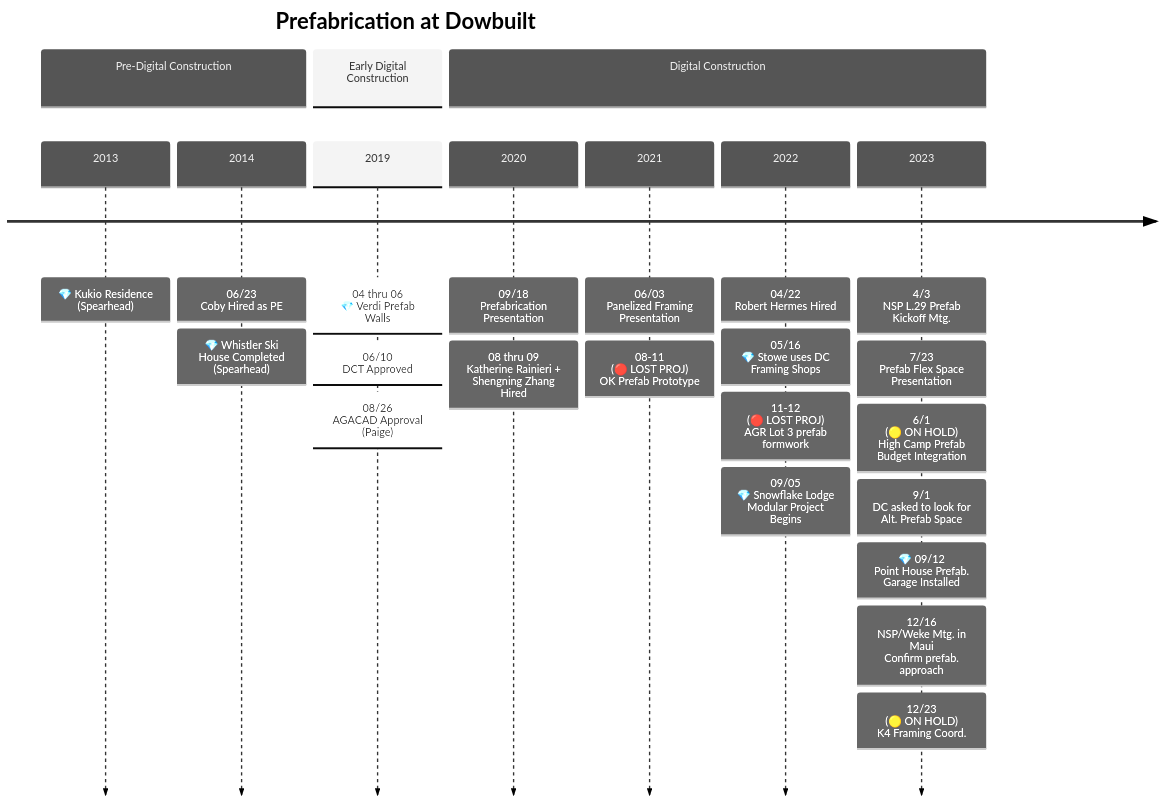
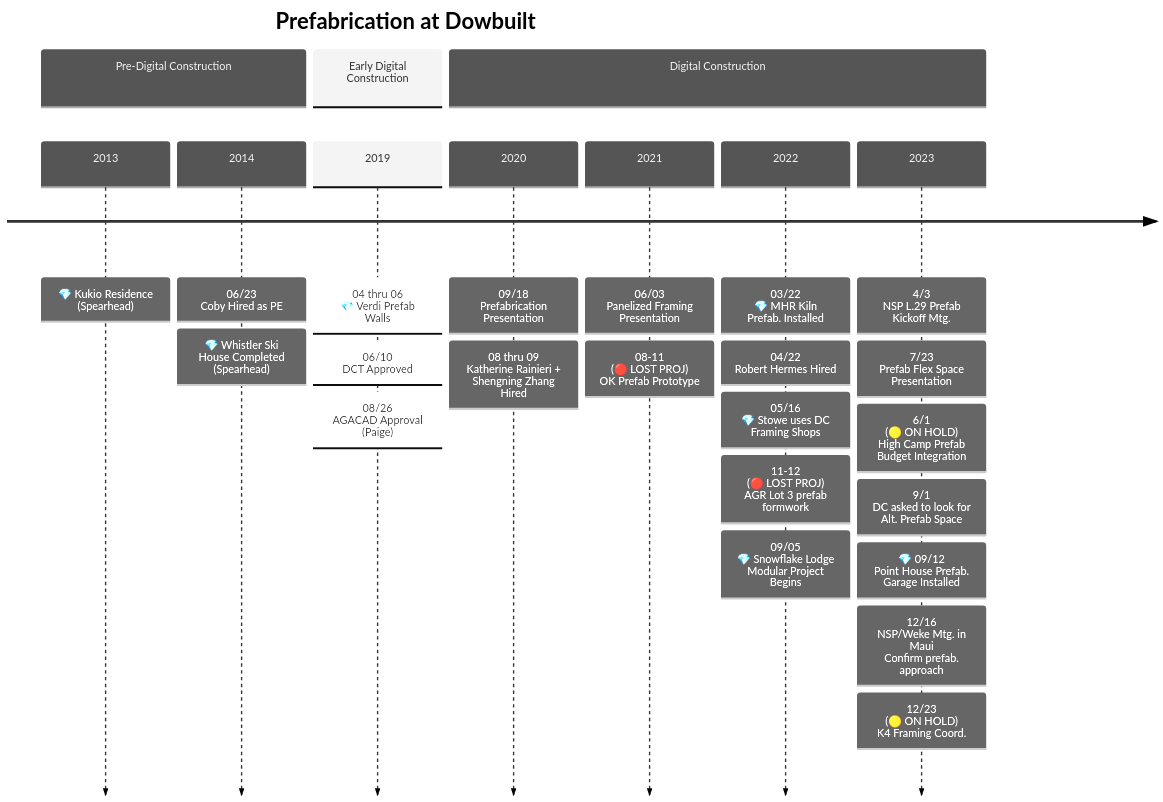
One commit to cobyiv/notes changed the diagram in Prefab_at_Dowbuilt.md. Above: the diagram before and after it, drawn with Mermaid. The commit also changed other lines of this file, not shown here.

````diff
--- a/Prefab_at_Dowbuilt.md
+++ b/Prefab_at_Dowbuilt.md
@@ -16,15 +16,15 @@
 ```mermaid
     %%{init: { 'logLevel': 'debug', 'theme': 'neutral', "graph": {"htmlLabels": true}} }%%
     timeline
         title Prefabrication at Dowbuilt
         section Pre-Digital Construction
           2013 : 💎 Kukio Residence (Spearhead)
           2014 : 06/23 <br> Coby Hired as PE : 💎 Whistler Ski House Completed (Spearhead)
         section Early Digital Construction
           2019 : 04 thru 06 <br> 💎 Verdi Prefab Walls : 06/10 <br> DCT Approved : 08/26 <br> AGACAD Approval (Paige)
         section Digital Construction
           2020 : 09/18 <br> Prefabrication Presentation : 08 thru 09 <br> Katherine Rainieri + Shengning Zhang Hired
           2021 : 06/03 <br> Panelized Framing Presentation : 08-11 <br> (🔴 LOST PROJ) <br> OK Prefab Prototype
-          2022 : 04/22 <br> Robert Hermes Hired : 05/16 <br> 💎 Stowe uses DC Framing Shops : 11-12 <br> (🔴 LOST PROJ) <br> AGR Lot 3 prefab formwork : 09/05 <br> 💎 Snowflake Lodge <br> Modular Project Begins
+          2022 : 03/22 <br> 💎 MHR Kiln <br> Prefab. Installed : 04/22 <br> Robert Hermes Hired : 05/16 <br> 💎 Stowe uses DC Framing Shops : 11-12 <br> (🔴 LOST PROJ) <br> AGR Lot 3 prefab formwork : 09/05 <br> 💎 Snowflake Lodge <br> Modular Project Begins
           2023 : 4/3 <br> NSP L.29 Prefab Kickoff Mtg. : 7/23 <br> Prefab Flex Space Presentation : 6/1 <br> (🟡 ON HOLD)<br> High Camp Prefab Budget Integration : 9/1 <br> DC asked to look for Alt. Prefab Space : 💎 09/12 <br> Point House Prefab. Garage Installed : 12/16 <br> NSP/Weke Mtg. in Maui <br> Confirm prefab. approach : 12/23 <br> (🟡 ON HOLD) <br> K4 Framing Coord.
 ```
````
